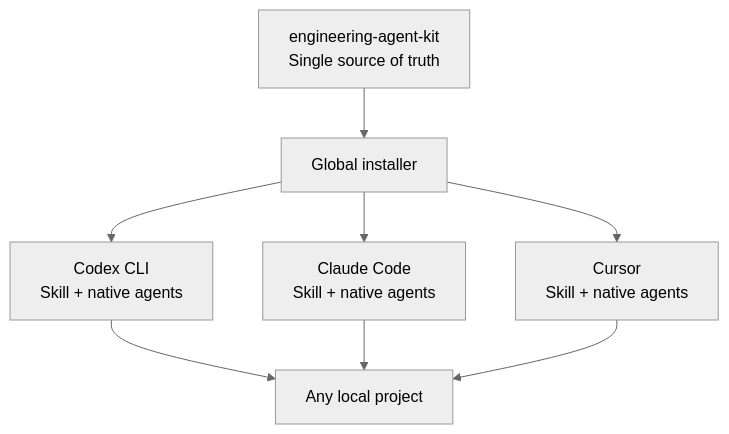
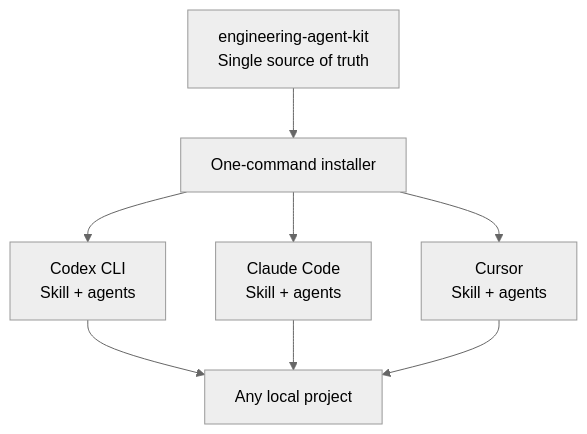
Before and after one commit to craguilar/engineering-agent-kit: the second of 2 diagrams in README.md, drawn with Mermaid (neutral theme). The commit also changed other lines of this file and 5 other files, not shown here.

````diff
--- a/README.md
+++ b/README.md
@@ -84,10 +71,10 @@
 ```mermaid
 flowchart TB
-    K["engineering-agent-kit<br/>Single source of truth"] --> X["Global installer"]
-    X --> C["Codex CLI<br/>Skill + native agents"]
-    X --> A["Claude Code<br/>Skill + native agents"]
-    X --> R["Cursor<br/>Skill + native agents"]
+    K["engineering-agent-kit<br/>Single source of truth"] --> X["One-command installer"]
+    X --> C["Codex CLI<br/>Skill + agents"]
+    X --> A["Claude Code<br/>Skill + agents"]
+    X --> R["Cursor<br/>Skill + agents"]
     C --> P["Any local project"]
     A --> P
     R --> P
 ```
````
